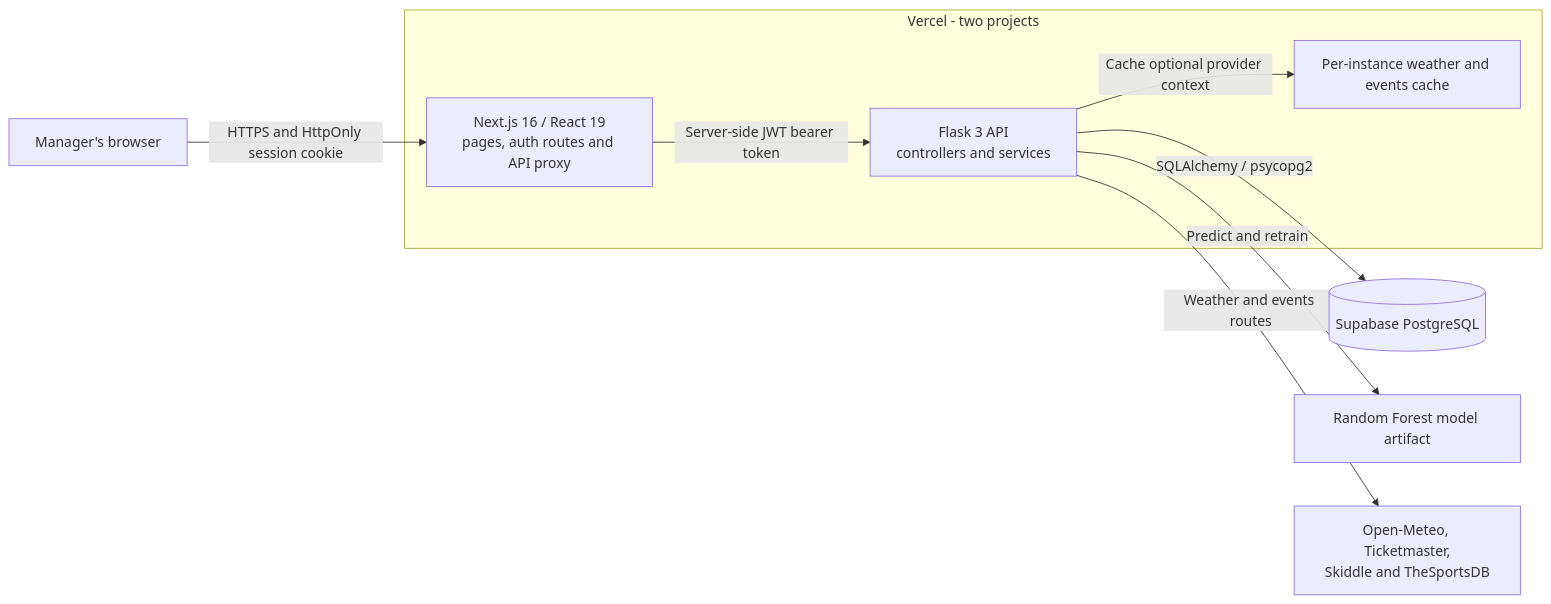
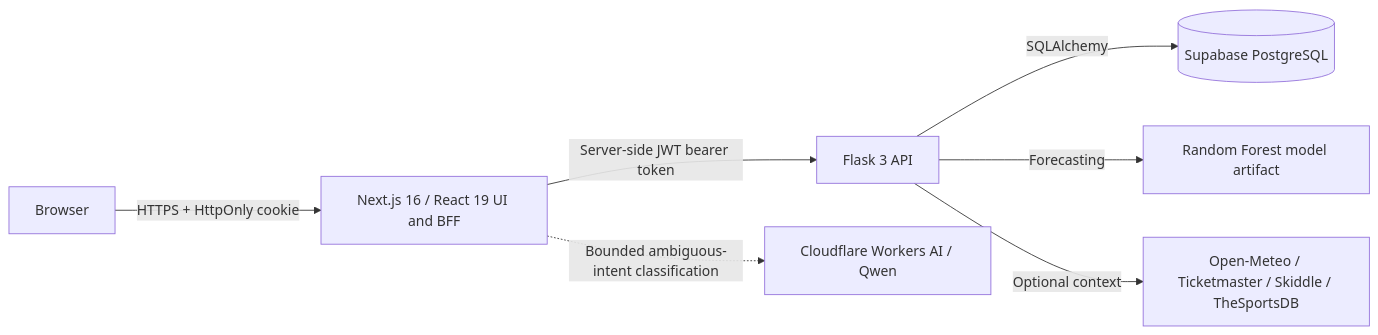
One commit to vale2015/Dissertation changed the first of 2 diagrams in README.md. Above: the diagram before and after it, drawn with Mermaid. The commit also changed other lines of this file and 25 other files, not shown here.

````diff
--- a/README.md
+++ b/README.md
@@ -11,14 +20,9 @@
 ```mermaid
 flowchart LR
-    B["Manager's browser"] -->|"HTTPS and HttpOnly session cookie"| N
-    subgraph V["Vercel - two projects"]
-        N["Next.js 16 / React 19<br/>pages, auth routes and API proxy"]
-        F["Flask 3 API<br/>controllers and services"]
-        C["Per-instance weather and events cache"]
-    end
-    N -->|"Server-side JWT bearer token"| F
-    F -->|"SQLAlchemy / psycopg2"| D[("Supabase PostgreSQL")]
-    F -->|"Predict and retrain"| M["Random Forest model artifact"]
-    F -->|"Weather and events routes"| P["Open-Meteo, Ticketmaster,<br/>Skiddle and TheSportsDB"]
-    F -->|"Cache optional provider context"| C
+  B[Browser] -->|HTTPS + HttpOnly cookie| N[Next.js 16 / React 19 UI and BFF]
+  N -->|Server-side JWT bearer token| F[Flask 3 API]
+  F -->|SQLAlchemy| D[(Supabase PostgreSQL)]
+  F -->|Forecasting| M[Random Forest model artifact]
+  F -->|Optional context| P[Open-Meteo / Ticketmaster / Skiddle / TheSportsDB]
+  N -. Bounded ambiguous-intent classification .-> C[Cloudflare Workers AI / Qwen]
 ```
````
